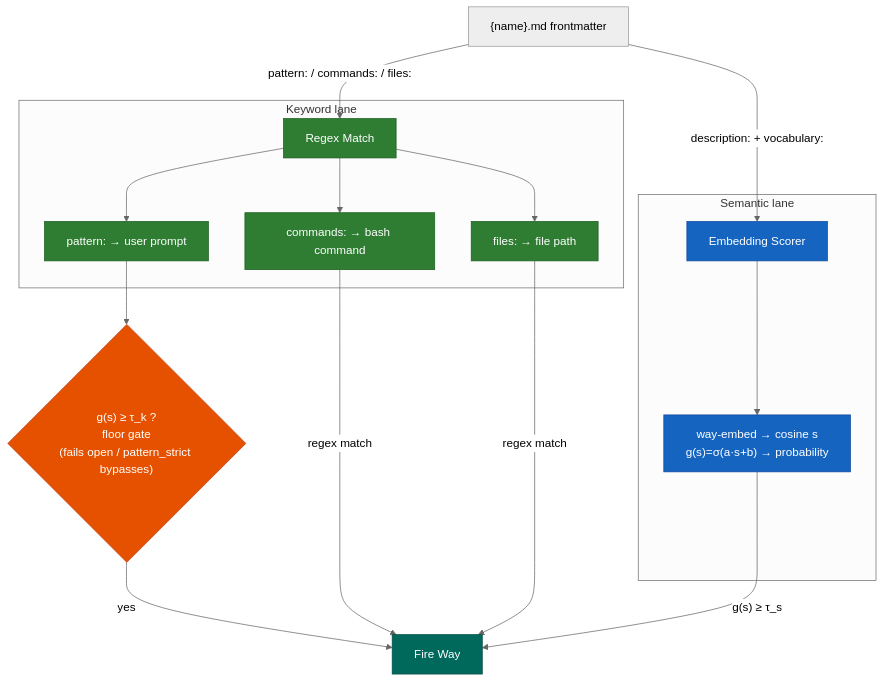
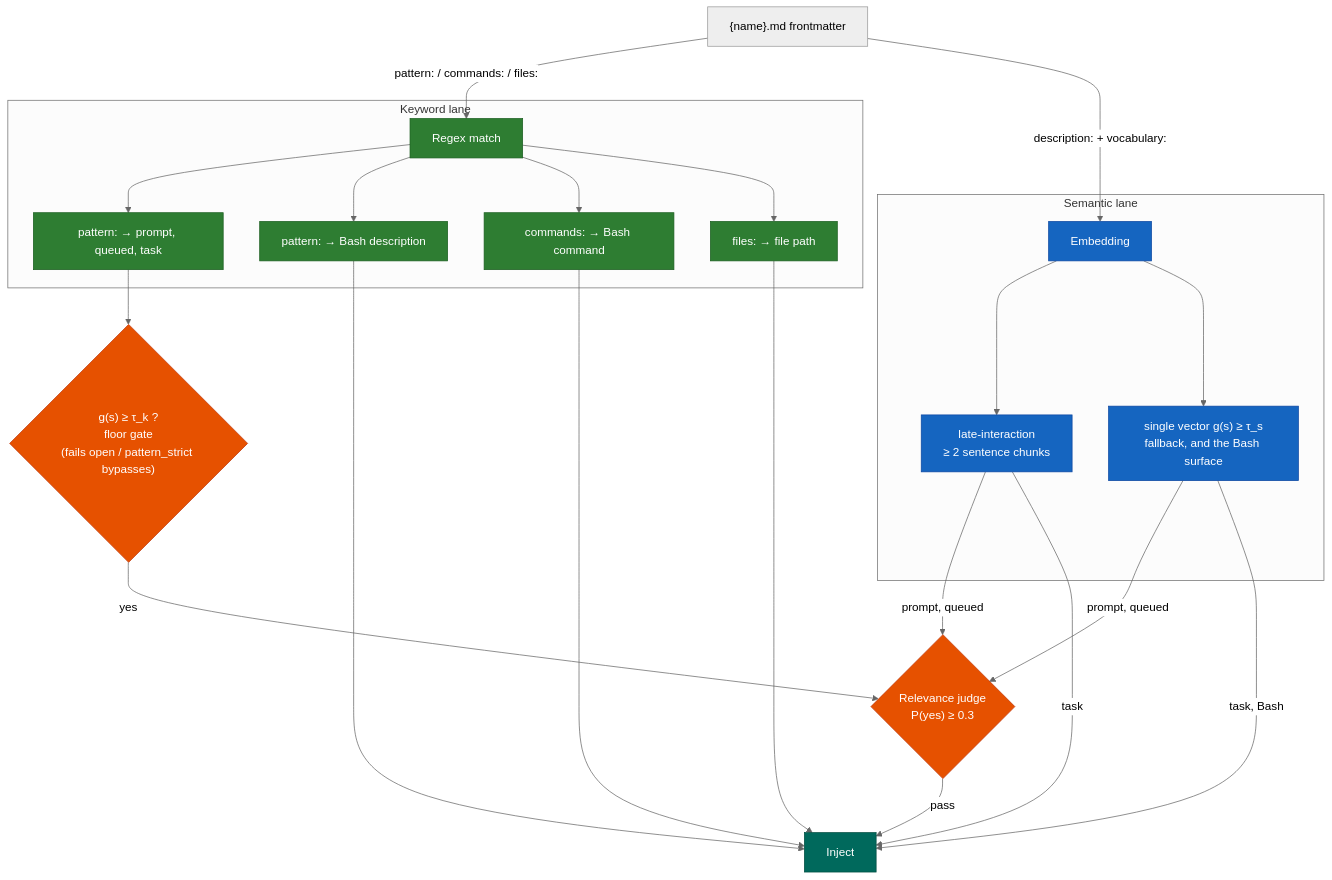
Before and after one commit to aaronsb/agent-ways: the second of 3 diagrams in docs/hooks-and-ways.md, drawn with Mermaid (neutral theme). The commit also changed other lines of this file and 7 other files, not shown here.

First line of the commit message:
docs(architecture): redraw the ways pipeline for the judge, late-interaction and per-agent state

````diff
--- a/docs/hooks-and-ways.md
+++ b/docs/hooks-and-ways.md
@@ -140,29 +172,37 @@
 ```mermaid
 flowchart TD
     classDef regex fill:#2E7D32,stroke:#1B5E20,color:#fff
     classDef semantic fill:#1565C0,stroke:#0D47A1,color:#fff
     classDef decision fill:#E65100,stroke:#BF360C,color:#fff
     classDef result fill:#00695C,stroke:#004D40,color:#fff
 
     W["{name}.md frontmatter"]
     W -->|"pattern: / commands: / files:"| R
     W -->|"description: + vocabulary:"| S
 
     subgraph RX ["Keyword lane"]
-        R[Regex Match]:::regex
-        R --> RP["pattern: → user prompt"]:::regex
-        R --> RC["commands: → bash command"]:::regex
+        R[Regex match]:::regex
+        R --> RP["pattern: → prompt, queued, task"]:::regex
+        R --> RD["pattern: → Bash description"]:::regex
+        R --> RC["commands: → Bash command"]:::regex
         R --> RF["files: → file path"]:::regex
     end
 
     subgraph SM ["Semantic lane"]
-        S[Embedding Scorer]:::semantic
-        S --> BM["way-embed → cosine s<br/>g(s)=σ(a·s+b) → probability"]:::semantic
+        S[Embedding]:::semantic
+        S --> LI["late-interaction<br/>≥ 2 sentence chunks"]:::semantic
+        S --> SV["single vector g(s) ≥ τ_s<br/>fallback, and the Bash surface"]:::semantic
     end
 
     RP --> GATE{"g(s) ≥ τ_k ?<br/>floor gate<br/>(fails open / pattern_strict bypasses)"}:::decision
-    GATE -->|"yes"| FIRE[Fire Way]:::result
-    RC -->|"regex match"| FIRE
-    RF -->|"regex match"| FIRE
-    BM -->|"g(s) ≥ τ_s"| FIRE
+    GATE -->|yes| J
+    LI -->|"prompt, queued"| J
+    SV -->|"prompt, queued"| J
+    J{"Relevance judge<br/>P(yes) ≥ 0.3"}:::decision
+    J -->|pass| FIRE[Inject]:::result
+    LI -->|task| FIRE
+    SV -->|"task, Bash"| FIRE
+    RD --> FIRE
+    RC --> FIRE
+    RF --> FIRE
 ```
````
